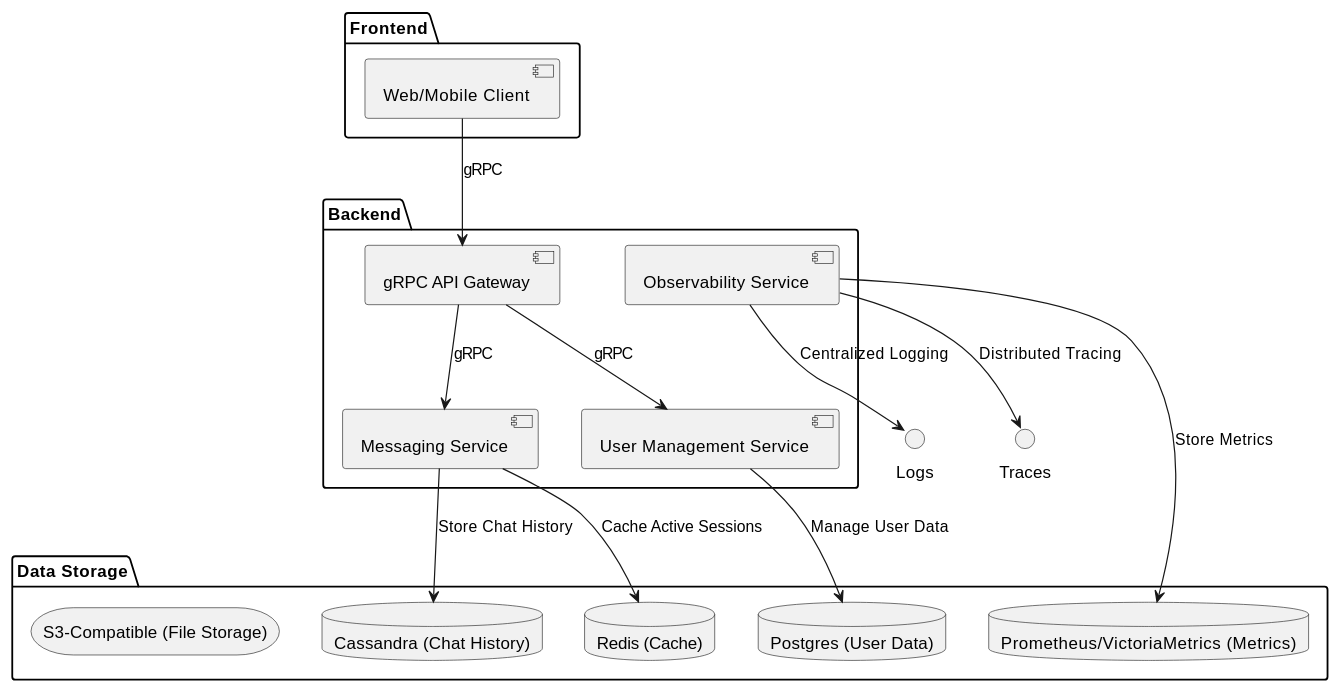
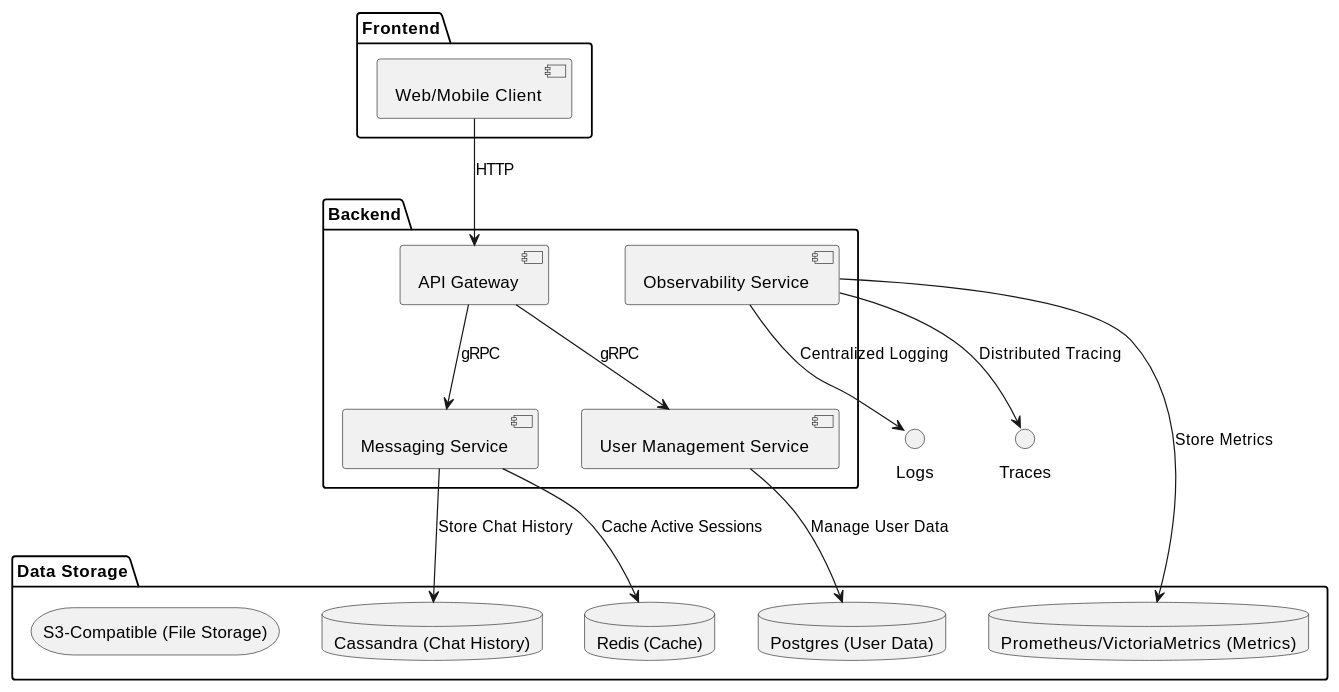
The diagram in README.adoc (Tempestmon/couperose), drawn with PlantUML before and after one commit. The commit also changed 8 other files, not shown here.

```diff
--- a/README.adoc
+++ b/README.adoc
@@ -58,33 +58,33 @@
 [plantuml, architecture-diagram, png]
 ----
 @startuml
 package "Frontend" {
   component "Web/Mobile Client" as Client
 }
 
 package "Backend" {
-  component "gRPC API Gateway" as Gateway
+  component "API Gateway" as Gateway
   component "Messaging Service" as Messaging
   component "User Management Service" as UserService
   component "Observability Service" as Observability
 }
 
 package "Data Storage" {
   database "Postgres (User Data)" as Postgres
   database "Cassandra (Chat History)" as Cassandra
   database "Redis (Cache)" as Redis
   database "Prometheus/VictoriaMetrics (Metrics)" as MetricsDB
   storage "S3-Compatible (File Storage)" as S3
 }
 
-Client --> Gateway : gRPC
+Client --> Gateway : HTTP
 Gateway --> Messaging : gRPC
 Gateway --> UserService : gRPC
 Messaging --> Cassandra : Store Chat History
 UserService --> Postgres : Manage User Data
 Messaging --> Redis : Cache Active Sessions
 Observability --> MetricsDB : Store Metrics
 Observability --> Logs : Centralized Logging
 Observability --> Traces : Distributed Tracing
 @enduml
 ----
```
